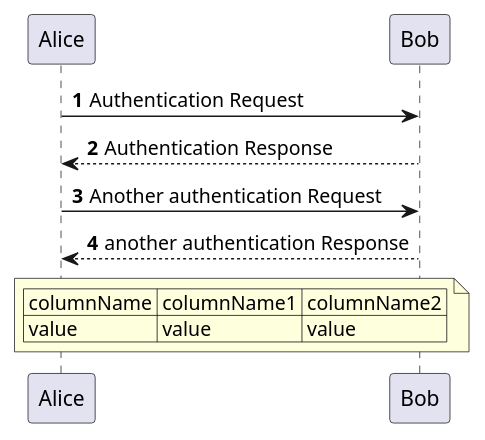
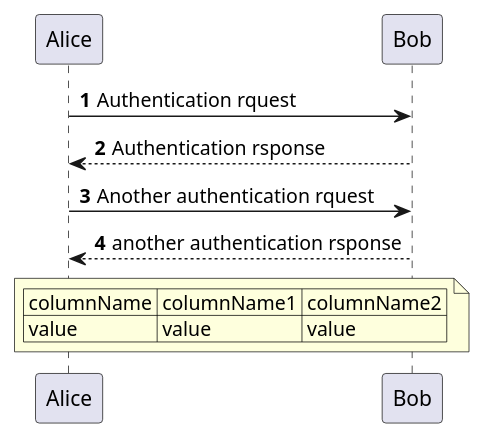
Before and after one commit to leraRadicovich/plantUML_Lib: the diagram in SEQUENCE/LibraryDocumentation/examples/AsIs.puml, drawn with PlantUML. The commit also changed 15 other files, not shown here.

```diff
--- a/SEQUENCE/LibraryDocumentation/examples/AsIs.puml
+++ b/SEQUENCE/LibraryDocumentation/examples/AsIs.puml
@@ -1,11 +1,11 @@
 @startuml
 autonumber
-Alice -> Bob: Authentication Request
-Bob --> Alice: Authentication Response
-Alice -> Bob: Another authentication Request
-Alice <-- Bob: another authentication Response
+Alice -> Bob: Authentication rquest
+Bob --> Alice: Authentication rsponse
+Alice -> Bob: Another authentication rquest
+Alice <-- Bob: another authentication rsponse
 note across
 | columnName | columnName1 | columnName2 |
 | value | value | value |
 end note
 @enduml
```
